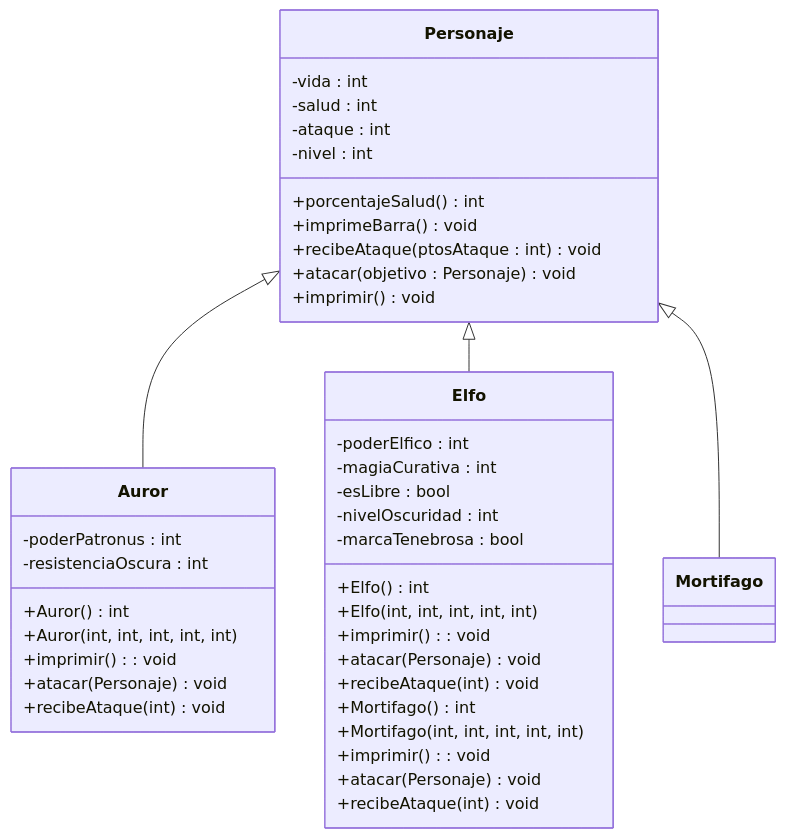
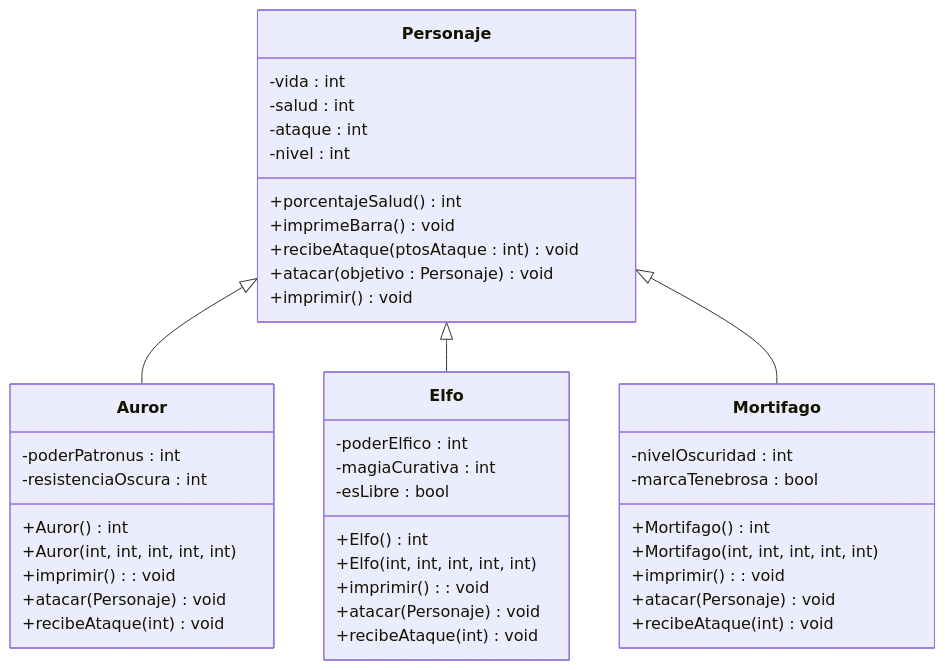
Before and after one commit to esperanzaromantc/Proyecto_A01739617: the diagram in README.md, drawn with Mermaid.

Commit message:
README.md

````diff
--- a/README.md
+++ b/README.md
@@ -1,46 +1,46 @@
 ```mermaid
 classDiagram
     class Personaje {
         -vida : int
         -salud : int
         -ataque : int
         -nivel : int
         +porcentajeSalud() int
         +imprimeBarra() void
         +recibeAtaque(ptosAtaque : int) void
         +atacar(objetivo : Personaje) void
         +imprimir() void
     }
     Personaje <|-- Auror
     class Auror{
         -poderPatronus : int
         -resistenciaOscura : int
         +Auror() int
         +Auror(int, int, int, int, int)
         +imprimir() : void
         +atacar(Personaje) void
         +recibeAtaque(int) void
     }
     Personaje <|-- Elfo
     class Elfo{
         -poderElfico : int
         -magiaCurativa : int
         -esLibre : bool
         +Elfo() int
         +Elfo(int, int, int, int, int)
         +imprimir() : void
         +atacar(Personaje) void
         +recibeAtaque(int) void
     }
     Personaje <|-- Mortifago
-    class Elfo{
+    class Mortifago{
         -nivelOscuridad : int
         -marcaTenebrosa : bool
         +Mortifago() int
         +Mortifago(int, int, int, int, int)
         +imprimir() : void
         +atacar(Personaje) void
         +recibeAtaque(int) void
     }
 
 ```
````
